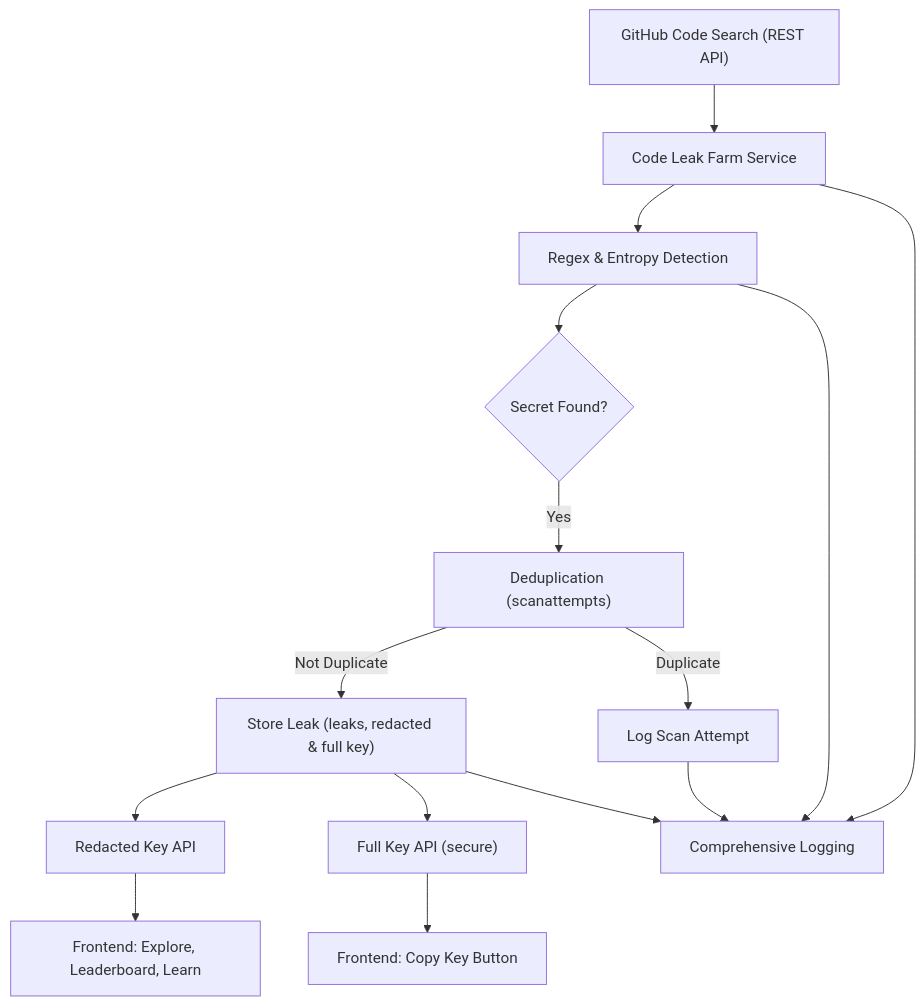
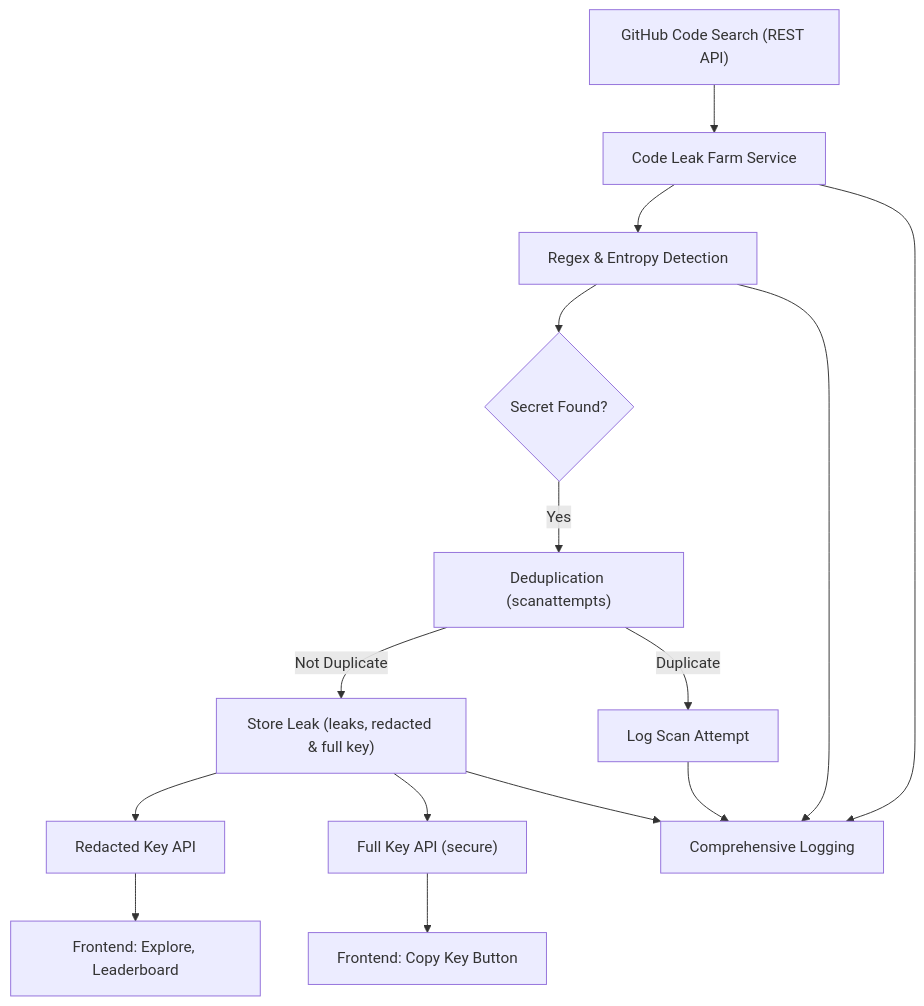
The diagram in README.md (zaim-abbasi/APIRadar), drawn with Mermaid before and after one commit. The commit also changed other lines of this file and 12 other files, not shown here.

````diff
--- a/README.md
+++ b/README.md
@@ -62,17 +62,17 @@
 ```mermaid
 flowchart TD
   A["GitHub Code Search (REST API)"] --> B["Code Leak Farm Service"]
   B --> C["Regex & Entropy Detection"]
   C --> D{"Secret Found?"}
   D -- "Yes" --> E["Deduplication (scanattempts)"]
   E -- "Not Duplicate" --> F["Store Leak (leaks, redacted & full key)"]
   E -- "Duplicate" --> G["Log Scan Attempt"]
   F --> H["Redacted Key API"]
   F --> I["Full Key API (secure)"]
-  H --> J["Frontend: Explore, Leaderboard, Learn"]
+  H --> J["Frontend: Explore, Leaderboard"]
   I --> K["Frontend: Copy Key Button"]
   G --> L["Comprehensive Logging"]
   F --> L
   B --> L
   C --> L
 ```
````
